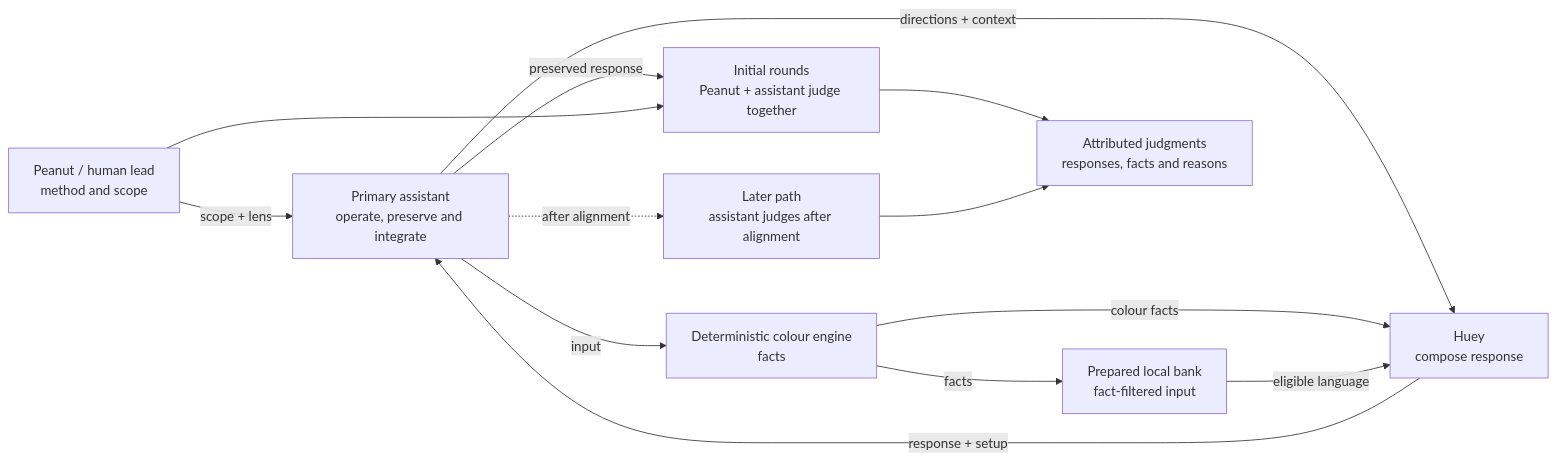
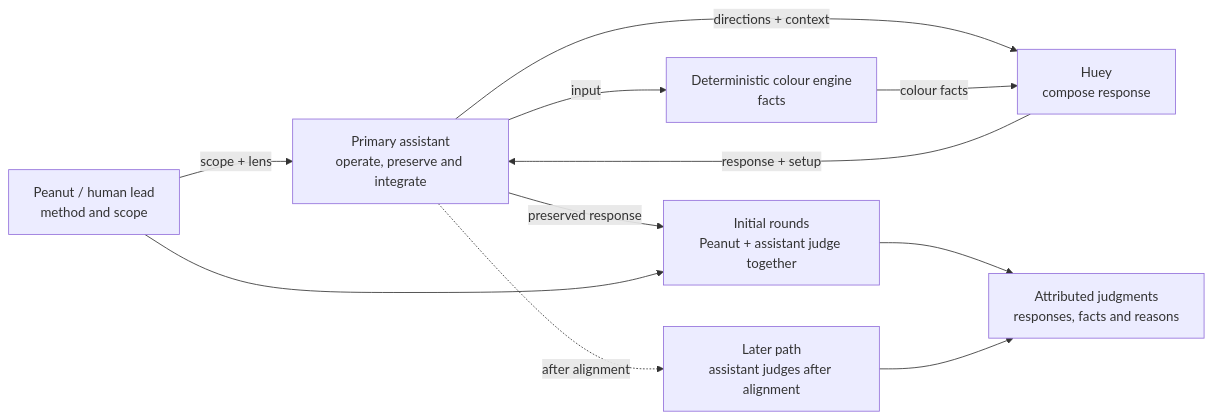
The diagram in docs/diagrams/BEHAVIOUR_PULSE.md (tryskian/huemiliator), drawn with Mermaid before and after one commit. The commit also changed other lines of this file and 9 other files, not shown here.

````diff
--- a/docs/diagrams/BEHAVIOUR_PULSE.md
+++ b/docs/diagrams/BEHAVIOUR_PULSE.md
@@ -10,24 +10,21 @@
 ```mermaid
 flowchart LR
   H["Peanut / human lead<br/>method and scope"]
   A["Primary assistant<br/>operate, preserve and integrate"]
   C["Deterministic colour engine<br/>facts"]
-  B["Prepared local bank<br/>fact-filtered input"]
   X["Huey<br/>compose response"]
   J["Initial rounds<br/>Peanut + assistant judge together"]
   I["Later path<br/>assistant judges after alignment"]
   F["Attributed judgments<br/>responses, facts and reasons"]
 
   H -->|"scope + lens"| A
   A -->|"input"| C
-  C -->|"facts"| B
   A -->|"directions + context"| X
   C -->|"colour facts"| X
-  B -->|"eligible language"| X
   X -->|"response + setup"| A
   A -->|"preserved response"| J
   H --> J
   A -.->|"after alignment"| I
   J --> F
   I --> F
 ```
````
